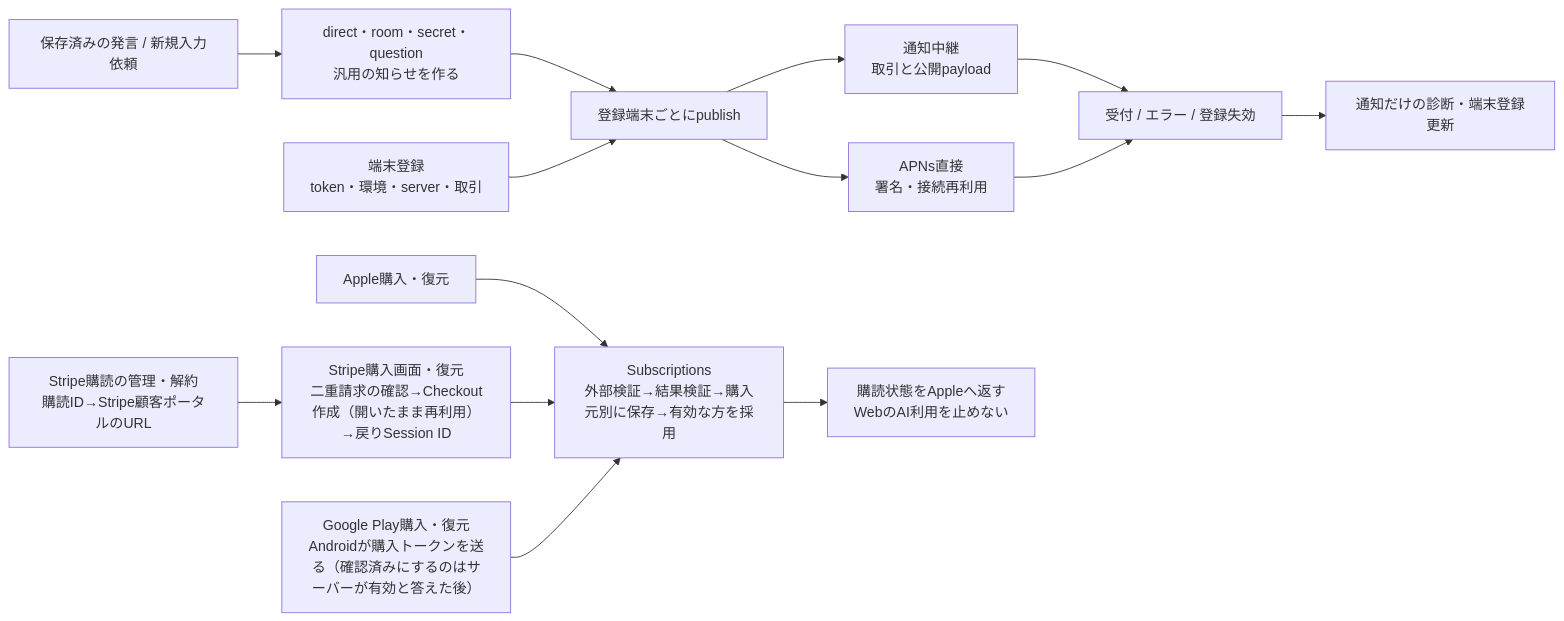
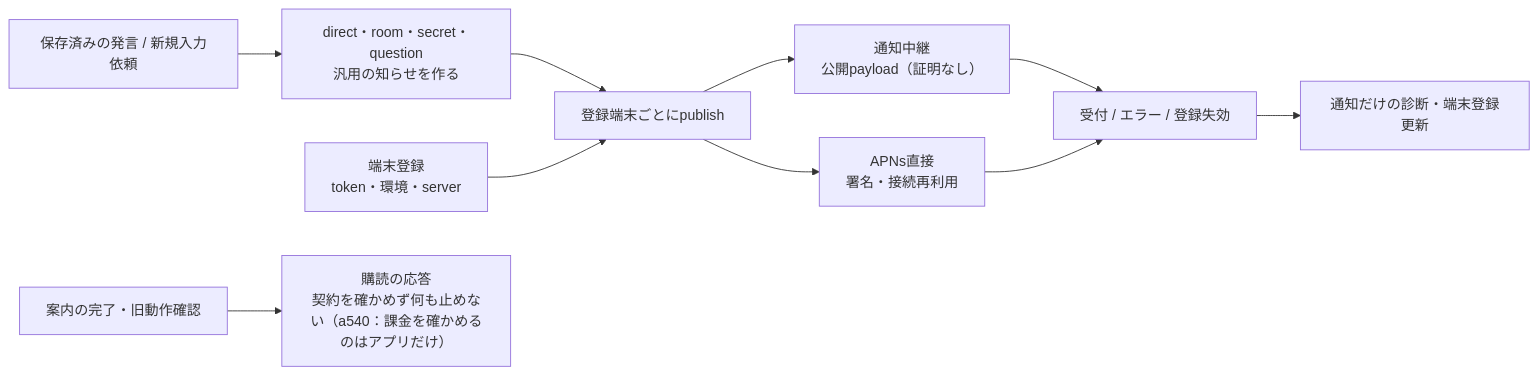
Before and after one commit to kitepon/BellTeam: the sixth of 7 diagrams in docs/architecture/modules/usage/flows.md, drawn with Mermaid. The commit also changed other lines of this file and 32 other files, not shown here.

````diff
--- a/docs/architecture/modules/usage/flows.md
+++ b/docs/architecture/modules/usage/flows.md
@@ -175,16 +175,12 @@
 ```mermaid
 flowchart LR
   Saved["保存済みの発言 / 新規入力依頼"] --> Event["direct・room・secret・question<br/>汎用の知らせを作る"]
   Event --> Publish["登録端末ごとにpublish"]
-  Devices["端末登録<br/>token・環境・server・取引"] --> Publish
-  Publish --> Relay["通知中継<br/>取引と公開payload"]
+  Devices["端末登録<br/>token・環境・server"] --> Publish
+  Publish --> Relay["通知中継<br/>公開payload（証明なし）"]
   Publish --> APNs["APNs直接<br/>署名・接続再利用"]
   Relay --> Result["受付 / エラー / 登録失効"]
   APNs --> Result
   Result --> Diag["通知だけの診断・端末登録更新"]
-  Apple["Apple購入・復元"] --> Verify["Subscriptions<br/>外部検証→結果検証→購入元別に保存→有効な方を採用"]
-  Stripe["Stripe購入画面・復元<br/>二重請求の確認→Checkout作成（開いたまま再利用）→戻りSession ID"] --> Verify
-  Manage["Stripe購読の管理・解約<br/>購読ID→Stripe顧客ポータルのURL"] --> Stripe
-  Google["Google Play購入・復元<br/>Androidが購入トークンを送る（確認済みにするのはサーバーが有効と答えた後）"] --> Verify
-  Verify --> Status["購読状態をAppleへ返す<br/>WebのAI利用を止めない"]
+  Setup["案内の完了・旧動作確認"] --> Status["購読の応答<br/>契約を確かめず何も止めない（a540：課金を確かめるのはアプリだけ）"]
 ```
````
